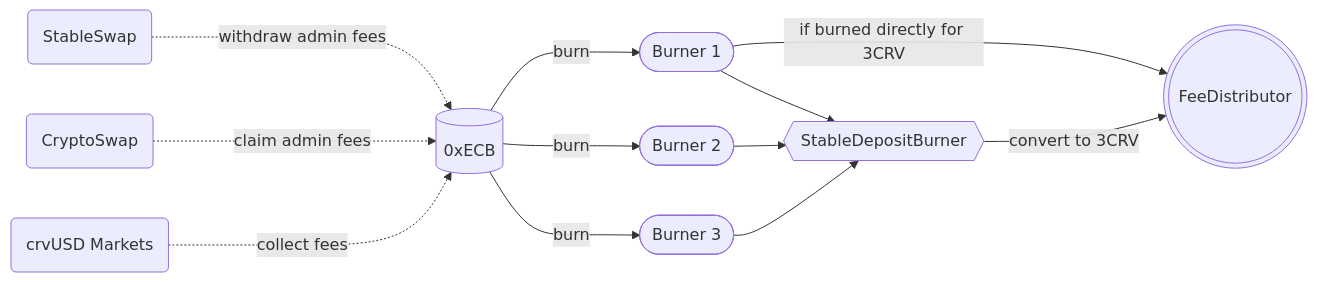
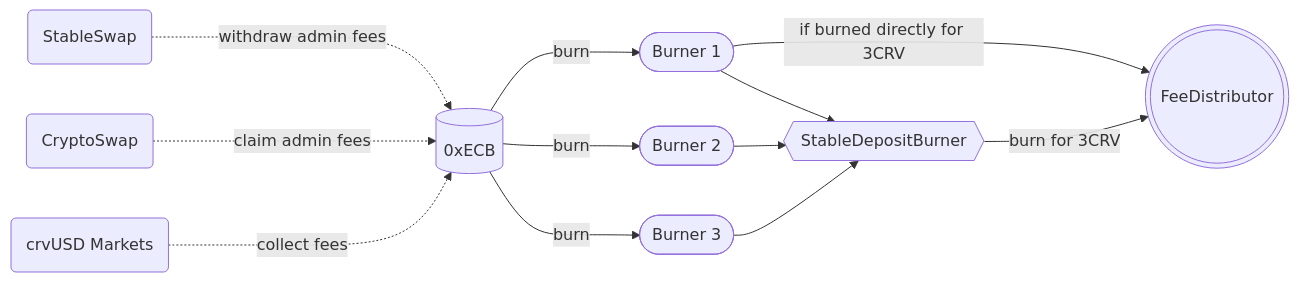
The diagram in docs/curve_dao/fee-collection-distribution/burner.md (CurveDocs/curve-docs), drawn with Mermaid before and after one commit.

````diff
--- a/docs/curve_dao/fee-collection-distribution/burner.md
+++ b/docs/curve_dao/fee-collection-distribution/burner.md
@@ -17,18 +17,18 @@
 ```mermaid
 flowchart LR
 
   p[(0xECB)]
   v1(StableSwap) ..->|withdraw admin fees| p;
   v2(CryptoSwap) ..-> |claim admin fees| p;
   crvUSD(crvUSD Markets) ..-> |collect fees| p;
 
   p --->|burn| b1([Burner 1]);
   p -->|burn| b2([Burner 2]);
   p -->|burn| b3([Burner 3]);
 
   b1 --> ub{{StableDepositBurner}}
   b1 --> |if burned directly for 3CRV| fd(((FeeDistributor)))
   b2 --> ub
   b3 --> ub
-  ub --> |convert to 3CRV| fd
+  ub --> |burn for 3CRV| fd
 ```
````
